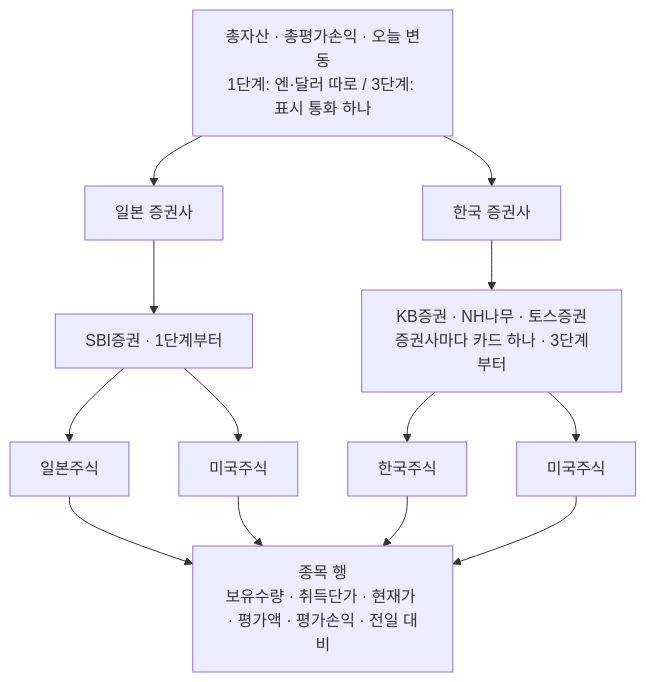
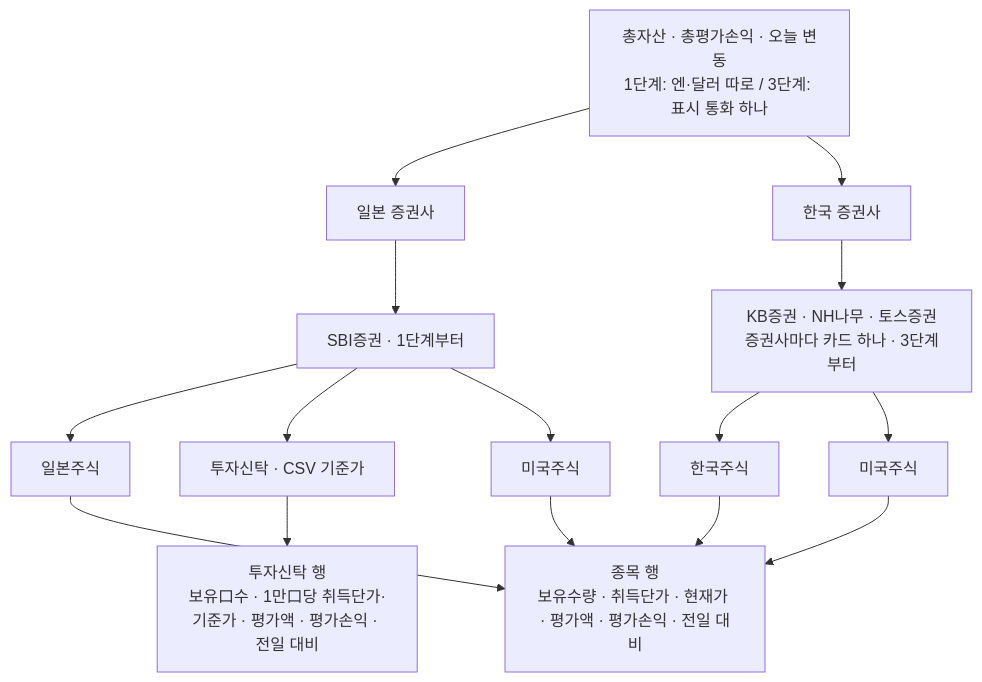
Before and after one commit to padahkim/trizon: the first of 5 diagrams in docs/PRD.md, drawn with Mermaid. The commit also changed other lines of this file and 4 other files, not shown here.

````diff
--- a/docs/PRD.md
+++ b/docs/PRD.md
@@ -63,13 +63,15 @@
 ```mermaid
 flowchart TD
   total["총자산 · 총평가손익 · 오늘 변동<br/>1단계: 엔·달러 따로 / 3단계: 표시 통화 하나"]
   total --> jp["일본 증권사"]
   total --> kr["한국 증권사"]
   jp --> sbi["SBI증권 · 1단계부터"]
   sbi --> sbijp["일본주식"]
+  sbi --> sbifund["투자신탁 · CSV 기준가"]
   sbi --> sbius["미국주식"]
   kr --> krb["KB증권 · NH나무 · 토스증권<br/>증권사마다 카드 하나 · 3단계부터"]
   krb --> krkr["한국주식"]
   krb --> krus["미국주식"]
   sbijp & sbius & krkr & krus --> row["종목 행<br/>보유수량 · 취득단가 · 현재가 · 평가액 · 평가손익 · 전일 대비"]
+  sbifund --> fundrow["투자신탁 행<br/>보유口수 · 1만口당 취득단가·기준가 · 평가액 · 평가손익 · 전일 대비"]
 ```
````
